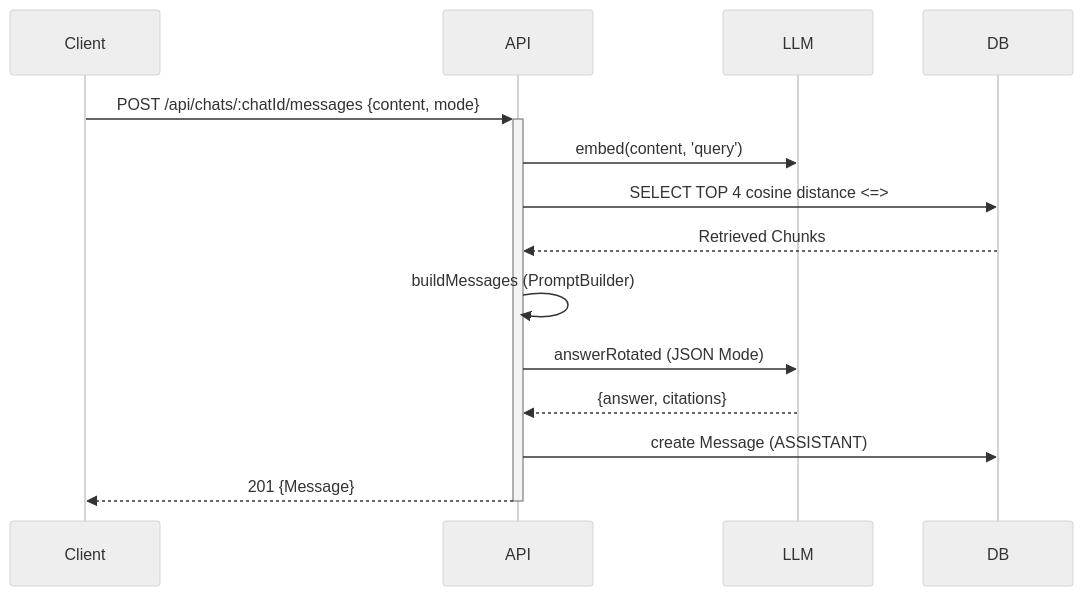
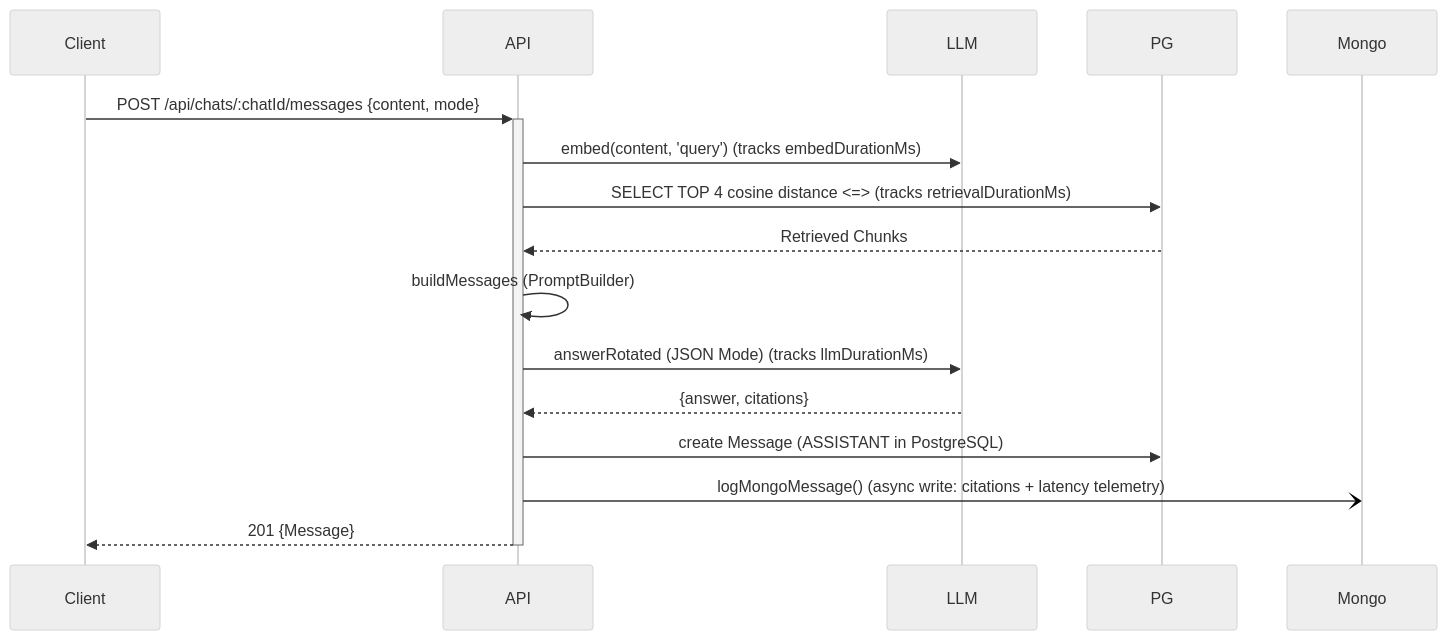
The fifth of 7 diagrams in docs/HLD.md (blxckpxnther46/rag99), drawn with Mermaid (neutral theme) before and after one commit. The commit also changed other lines of this file and 18 other files, not shown here.

Commit message:
feat: implement polyglot persistence (PostgreSQL + MongoDB), update docs, and prep for deployment

````diff
--- a/docs/HLD.md
+++ b/docs/HLD.md
@@ -91,12 +105,13 @@
 ```mermaid
 sequenceDiagram
     Client->>+API: POST /api/chats/:chatId/messages {content, mode}
-    API->>LLM: embed(content, 'query')
-    API->>DB: SELECT TOP 4 cosine distance <=>
-    DB-->>API: Retrieved Chunks
+    API->>LLM: embed(content, 'query') (tracks embedDurationMs)
+    API->>PG: SELECT TOP 4 cosine distance <=> (tracks retrievalDurationMs)
+    PG-->>API: Retrieved Chunks
     API->>API: buildMessages (PromptBuilder)
-    API->>LLM: answerRotated (JSON Mode)
+    API->>LLM: answerRotated (JSON Mode) (tracks llmDurationMs)
     LLM-->>API: {answer, citations}
-    API->>DB: create Message (ASSISTANT)
+    API->>PG: create Message (ASSISTANT in PostgreSQL)
+    API-)Mongo: logMongoMessage() (async write: citations + latency telemetry)
     API-->>-Client: 201 {Message}
 ```
````
